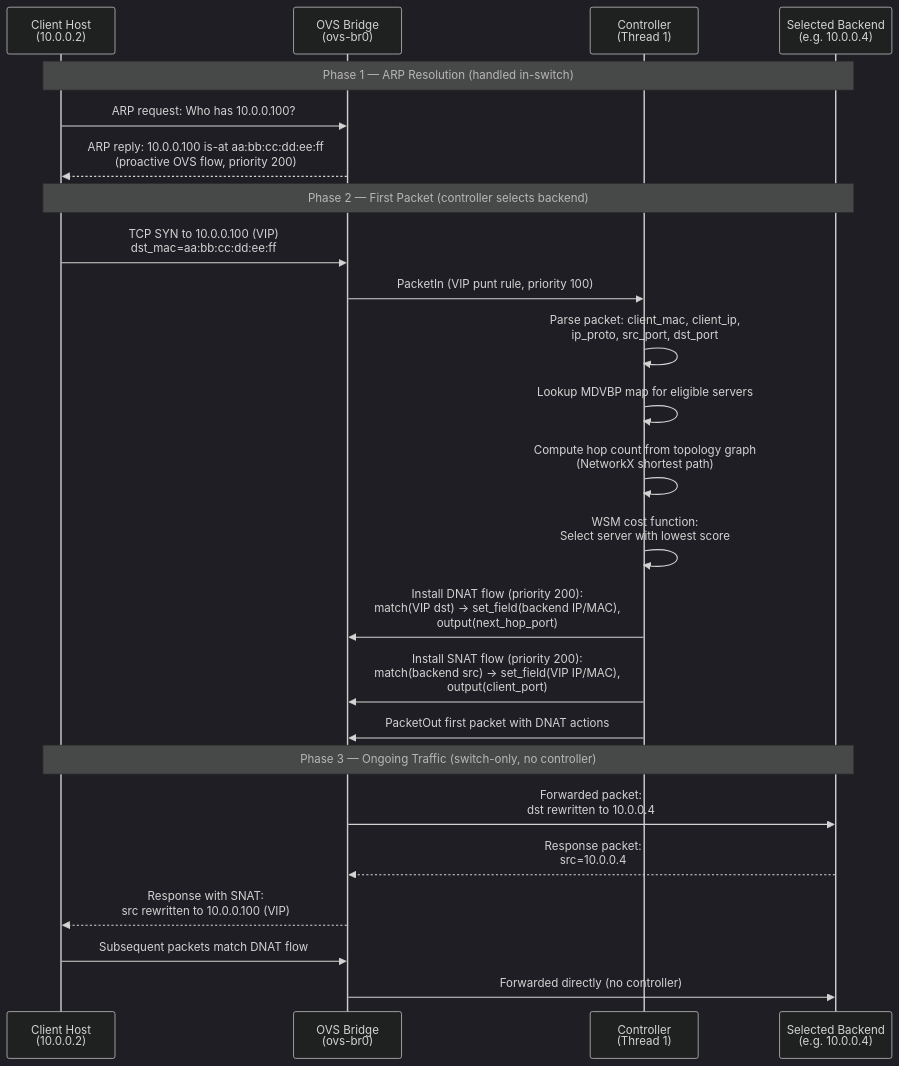
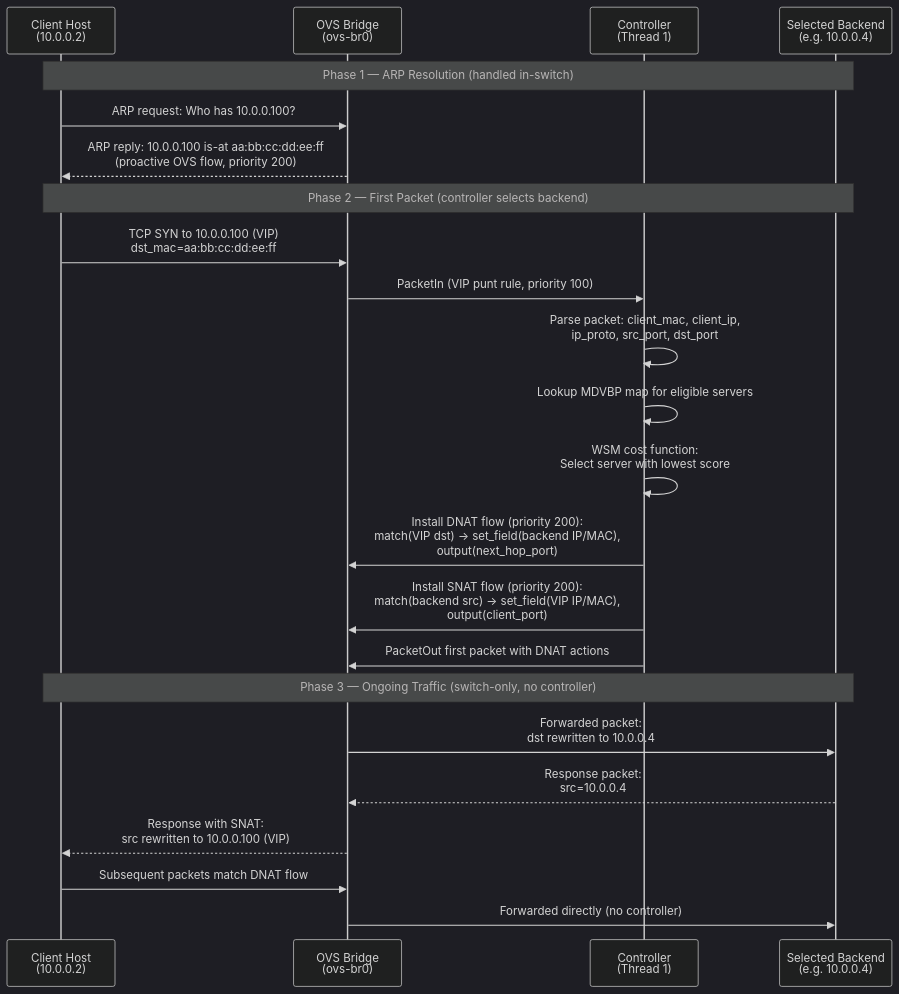
The third of 23 diagrams in docs/operation/system_mechanisms.md (poioe20p/efficient-storage-in-edge-scenarios), drawn with Mermaid (dark theme) before and after one commit. The commit also changed other lines of this file and 25 other files, not shown here.

````diff
--- a/docs/operation/system_mechanisms.md
+++ b/docs/operation/system_mechanisms.md
@@ -91,31 +133,30 @@
 ```mermaid
 sequenceDiagram
     participant Client as Client Host<br/>(10.0.0.2)
     participant OVS as OVS Bridge<br/>(ovs-br0)
     participant Ctrl as Controller<br/>(Thread 1)
     participant Backend as Selected Backend<br/>(e.g. 10.0.0.4)
 
     Note over Client,Backend: Phase 1 — ARP Resolution (handled in-switch)
     Client->>OVS: ARP request: Who has 10.0.0.100?
     OVS-->>Client: ARP reply: 10.0.0.100 is-at aa:bb:cc:dd:ee:ff<br/>(proactive OVS flow, priority 200)
 
     Note over Client,Backend: Phase 2 — First Packet (controller selects backend)
     Client->>OVS: TCP SYN to 10.0.0.100 (VIP)<br/>dst_mac=aa:bb:cc:dd:ee:ff
     OVS->>Ctrl: PacketIn (VIP punt rule, priority 100)
 
     Ctrl->>Ctrl: Parse packet: client_mac, client_ip,<br/>ip_proto, src_port, dst_port
     Ctrl->>Ctrl: Lookup MDVBP map for eligible servers
-    Ctrl->>Ctrl: Compute hop count from topology graph<br/>(NetworkX shortest path)
     Ctrl->>Ctrl: WSM cost function:<br/>Select server with lowest score
 
     Ctrl->>OVS: Install DNAT flow (priority 200):<br/>match(VIP dst) -> set_field(backend IP/MAC),<br/>output(next_hop_port)
     Ctrl->>OVS: Install SNAT flow (priority 200):<br/>match(backend src) -> set_field(VIP IP/MAC),<br/>output(client_port)
     Ctrl->>OVS: PacketOut first packet with DNAT actions
 
     Note over Client,Backend: Phase 3 — Ongoing Traffic (switch-only, no controller)
     OVS->>Backend: Forwarded packet:<br/>dst rewritten to 10.0.0.4
     Backend-->>OVS: Response packet:<br/>src=10.0.0.4
     OVS-->>Client: Response with SNAT:<br/>src rewritten to 10.0.0.100 (VIP)
     Client->>OVS: Subsequent packets match DNAT flow
     OVS->>Backend: Forwarded directly (no controller)
 ```
````
